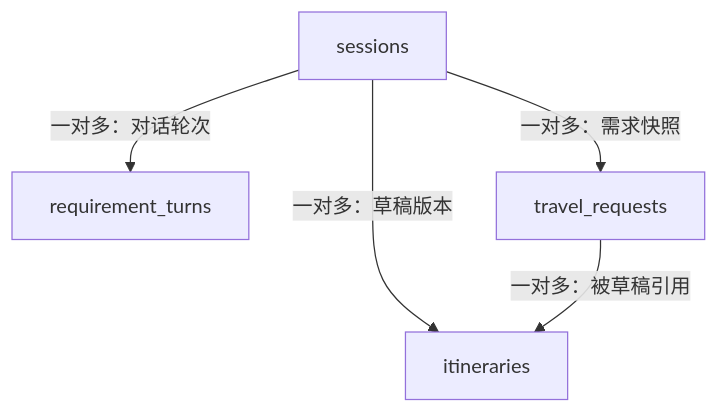
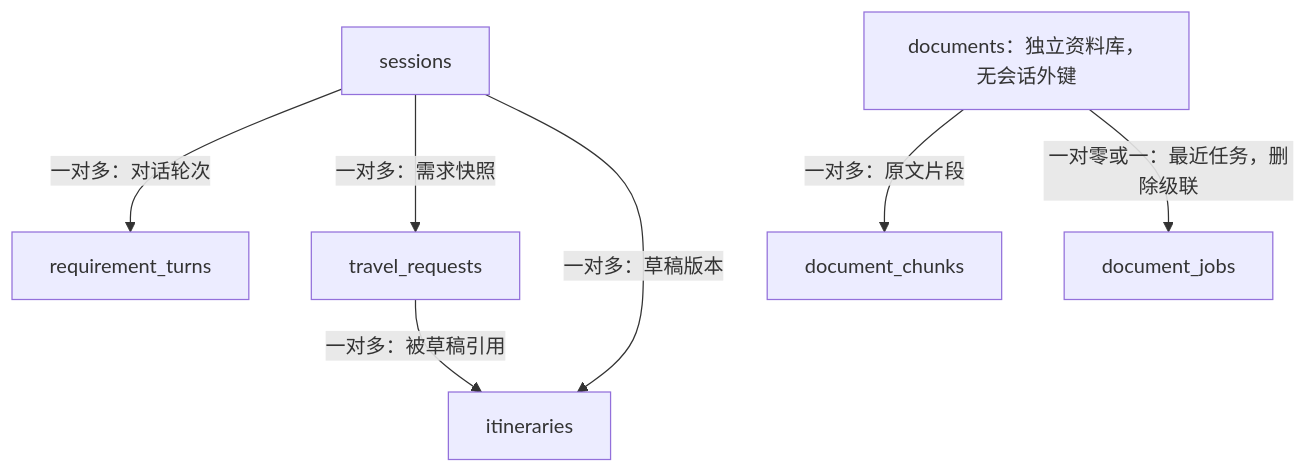
The second of 3 diagrams in docs/08-架构设计说明.md (Charlie-acher/TravelMindAI), drawn with Mermaid before and after one commit. The commit also changed other lines of this file and 147 other files, not shown here.

````diff
--- a/docs/08-架构设计说明.md
+++ b/docs/08-架构设计说明.md
@@ -211,7 +270,9 @@
 ```mermaid
 graph TB
     S["sessions"] -->|"一对多：对话轮次"| R["requirement_turns"]
     S -->|"一对多：需求快照"| T["travel_requests"]
     S -->|"一对多：草稿版本"| I["itineraries"]
     T -->|"一对多：被草稿引用"| I
+    D["documents：独立资料库，无会话外键"] -->|"一对多：原文片段"| C["document_chunks"]
+    D -->|"一对零或一：最近任务，删除级联"| J["document_jobs"]
 ```
````
